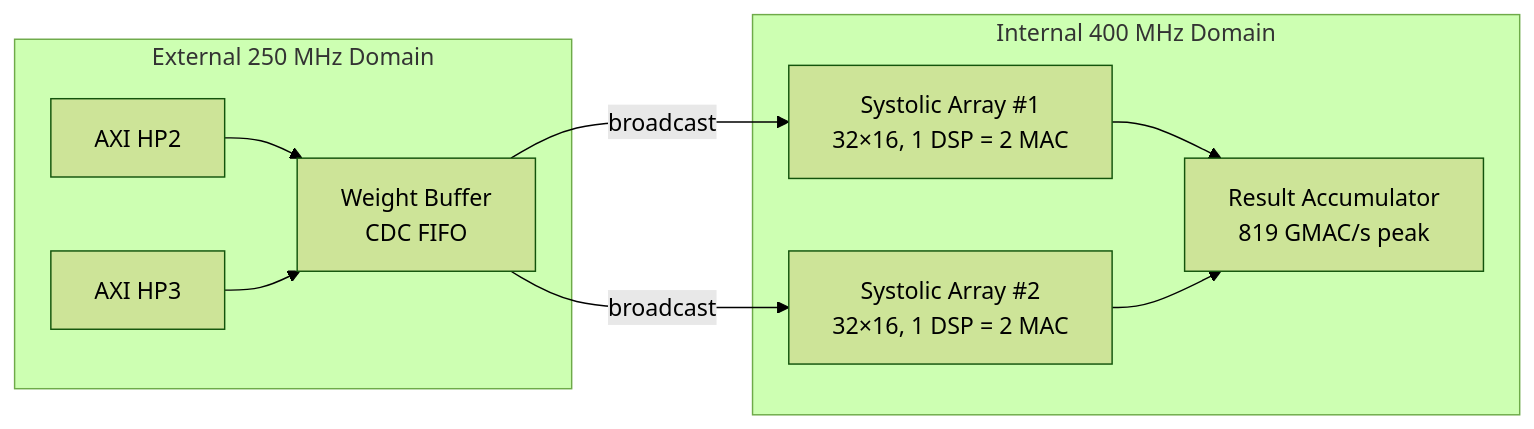
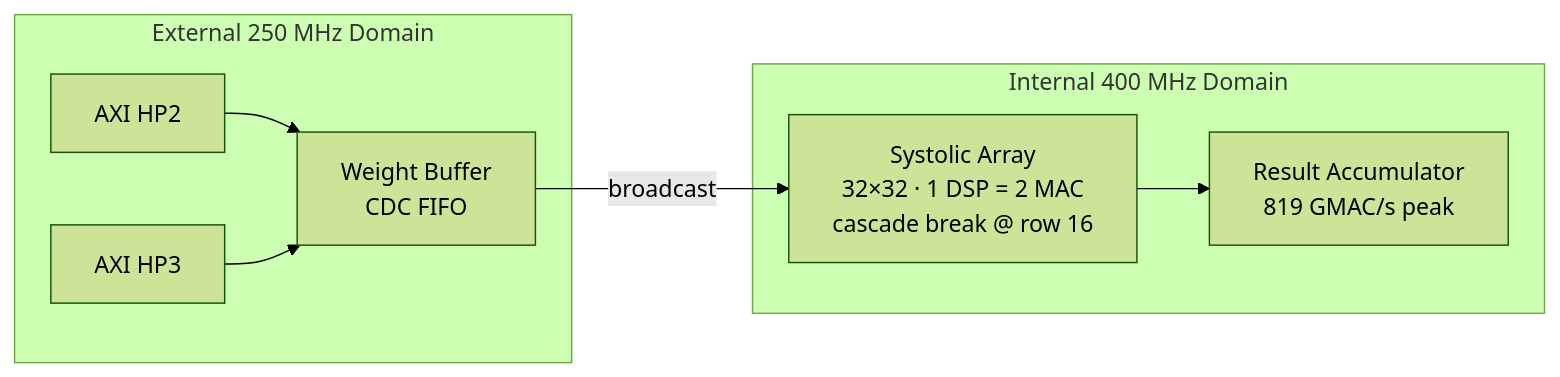
One commit to hwkim-dev/uCA changed the diagram in docs/v002/Architecture/rationale.rst. Above: the diagram before and after it, drawn with Mermaid (forest theme). The commit also changed other lines of this file and 11 other files, not shown here.

```diff
--- a/docs/v002/Architecture/rationale.rst
+++ b/docs/v002/Architecture/rationale.rst
@@ -115,13 +115,11 @@
 .. mermaid::
 
    flowchart LR
      subgraph ext[External 250 MHz Domain]
        HP2[AXI HP2] --> BUF[Weight Buffer<br/>CDC FIFO]
        HP3[AXI HP3] --> BUF
      end
      subgraph core[Internal 400 MHz Domain]
-       BUF -->|broadcast| SA1[Systolic Array #1<br/>32×16, 1 DSP = 2 MAC]
-       BUF -->|broadcast| SA2[Systolic Array #2<br/>32×16, 1 DSP = 2 MAC]
-       SA1 --> ACC[Result Accumulator<br/>819 GMAC/s peak]
-       SA2 --> ACC
+       BUF -->|broadcast| SA[Systolic Array<br/>32×32 · 1 DSP = 2 MAC<br/>cascade break @ row 16]
+       SA --> ACC[Result Accumulator<br/>819 GMAC/s peak]
      end
```
